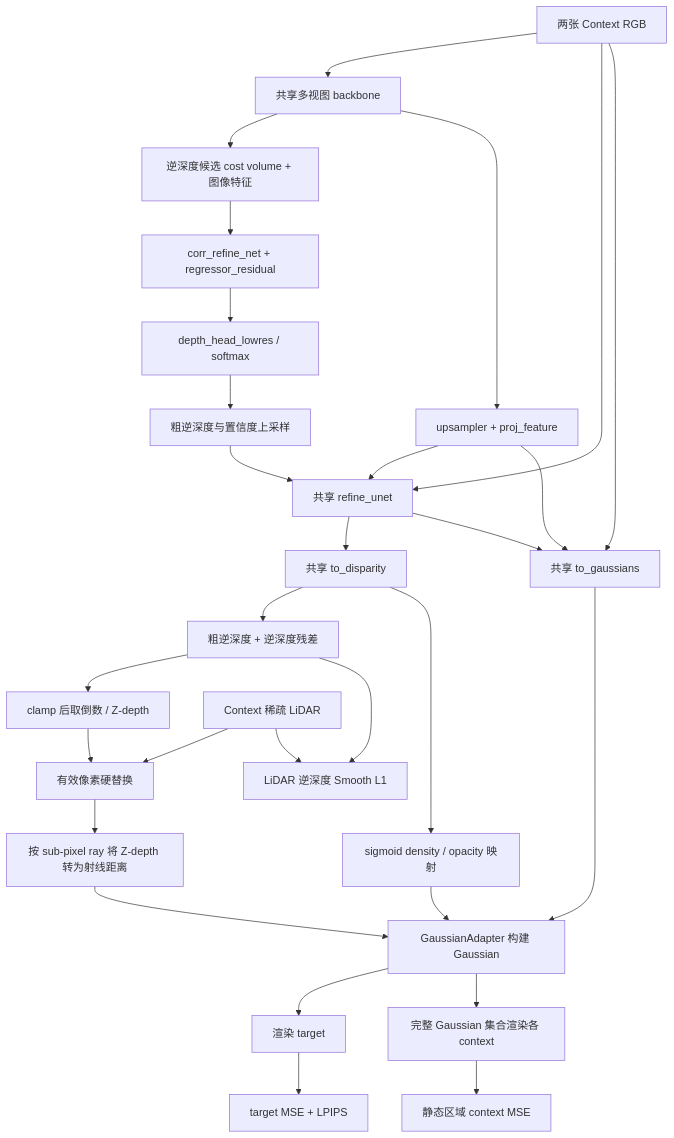
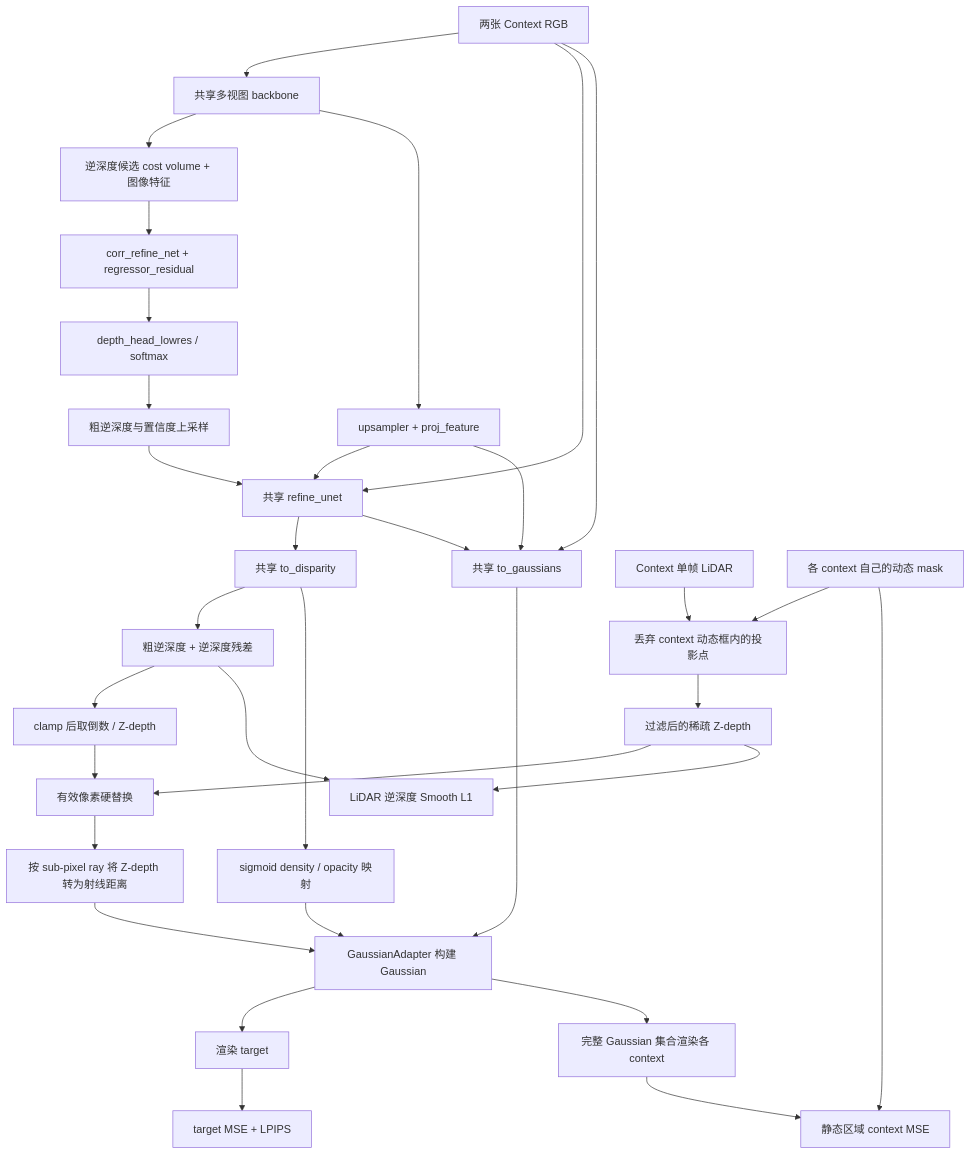
Before and after one commit to Shelly-icecream/lidar-enhanced-mvsplat: the diagram in README.md, drawn with Mermaid. The commit also changed other lines of this file, not shown here.

````diff
--- a/README.md
+++ b/README.md
@@ -34,31 +36,35 @@
 ```mermaid
 flowchart TD
     RGB[两张 Context RGB] --> BACK[共享多视图 backbone]
     BACK --> CV[逆深度候选 cost volume + 图像特征]
     CV --> CORR[corr_refine_net + regressor_residual]
     CORR --> LOW[depth_head_lowres / softmax]
     LOW --> COARSE[粗逆深度与置信度上采样]
     BACK --> UP[upsampler + proj_feature]
     RGB --> REF[共享 refine_unet]
     COARSE --> REF
     UP --> REF
     REF --> DISP[共享 to_disparity]
     DISP --> RAW[粗逆深度 + 逆深度残差]
     DISP --> DENS[sigmoid density / opacity 映射]
     REF --> ATTR[共享 to_gaussians]
     RGB --> ATTR
     UP --> ATTR
     RAW --> DEPTH[clamp 后取倒数 / Z-depth]
-    LIDAR[Context 稀疏 LiDAR] --> REPLACE[有效像素硬替换]
+    POINTS[Context 单帧 LiDAR] --> FILTER[丢弃 context 动态框内的投影点]
+    MASK[各 context 自己的动态 mask] --> FILTER
+    FILTER --> LIDAR[过滤后的稀疏 Z-depth]
+    LIDAR --> REPLACE[有效像素硬替换]
     DEPTH --> REPLACE
     REPLACE --> GEO[按 sub-pixel ray 将 Z-depth 转为射线距离]
     GEO --> GAUSS[GaussianAdapter 构建 Gaussian]
     DENS --> GAUSS
     ATTR --> GAUSS
     GAUSS --> TARGET[渲染 target]
     GAUSS --> CONTEXT[完整 Gaussian 集合渲染各 context]
     RAW --> LD[LiDAR 逆深度 Smooth L1]
     LIDAR --> LD
     TARGET --> LT[target MSE + LPIPS]
     CONTEXT --> LC[静态区域 context MSE]
+    MASK --> LC
 ```
````
